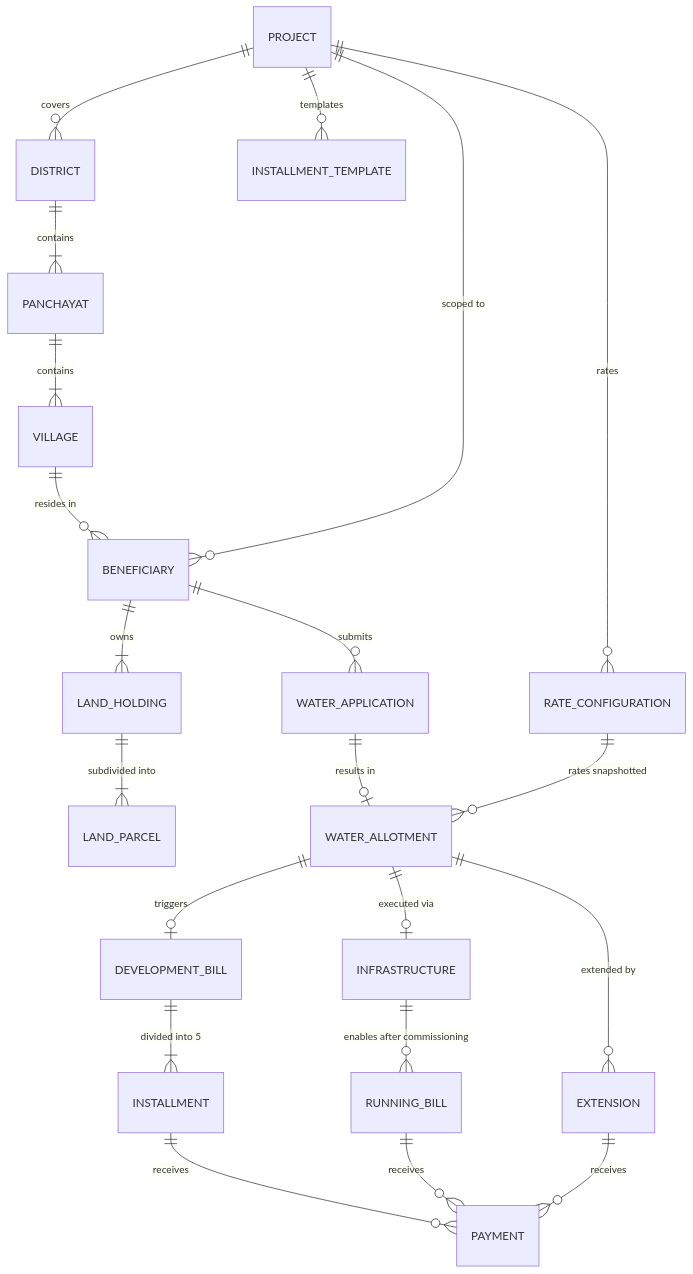
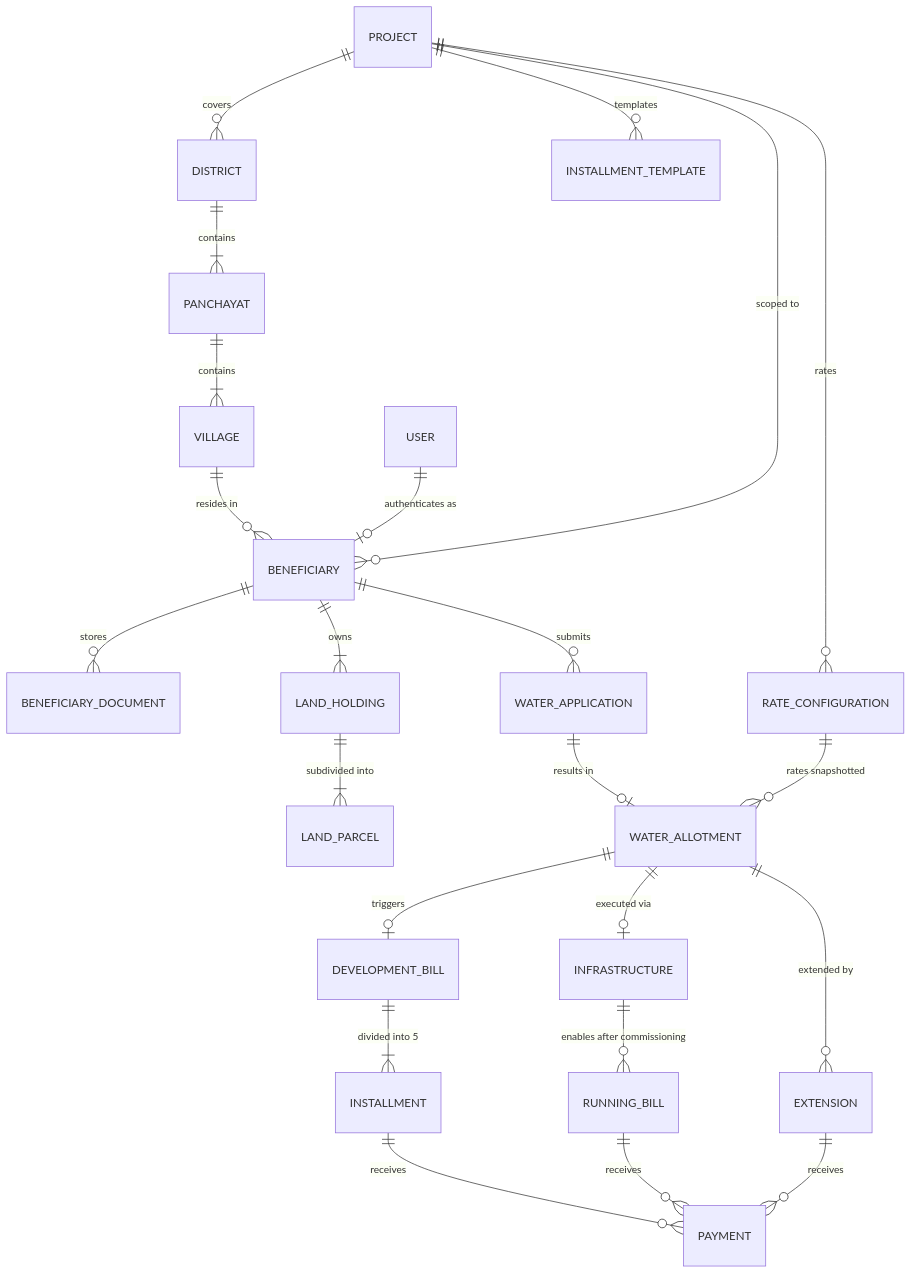
Before and after one commit to itskanishkrk065/water-management-system: the diagram in ARCHITECTURE.md, drawn with Mermaid. The commit also changed other lines of this file and 39 other files, not shown here.

````diff
--- a/ARCHITECTURE.md
+++ b/ARCHITECTURE.md
@@ -46,29 +46,32 @@
 ```mermaid
 erDiagram
     PROJECT ||--o{ DISTRICT : "covers"
     DISTRICT ||--|{ PANCHAYAT : "contains"
     PANCHAYAT ||--|{ VILLAGE : "contains"
     VILLAGE ||--o{ BENEFICIARY : "resides in"
+    
+    USER ||--o| BENEFICIARY : "authenticates as"
+    BENEFICIARY ||--o{ BENEFICIARY_DOCUMENT : "stores"
     
     PROJECT ||--o{ BENEFICIARY : "scoped to"
     PROJECT ||--o{ RATE_CONFIGURATION : "rates"
     PROJECT ||--o{ INSTALLMENT_TEMPLATE : "templates"
     
     BENEFICIARY ||--|{ LAND_HOLDING : "owns"
     LAND_HOLDING ||--|{ LAND_PARCEL : "subdivided into"
     
     BENEFICIARY ||--o{ WATER_APPLICATION : "submits"
     WATER_APPLICATION ||--o| WATER_ALLOTMENT : "results in"
     RATE_CONFIGURATION ||--o{ WATER_ALLOTMENT : "rates snapshotted"
     
     WATER_ALLOTMENT ||--o| DEVELOPMENT_BILL : "triggers"
     DEVELOPMENT_BILL ||--|{ INSTALLMENT : "divided into 5"
     INSTALLMENT ||--o{ PAYMENT : "receives"
     
     WATER_ALLOTMENT ||--o| INFRASTRUCTURE : "executed via"
     INFRASTRUCTURE ||--o{ RUNNING_BILL : "enables after commissioning"
     RUNNING_BILL ||--o{ PAYMENT : "receives"
     
     WATER_ALLOTMENT ||--o{ EXTENSION : "extended by"
     EXTENSION ||--o{ PAYMENT : "receives"
 ```
````
